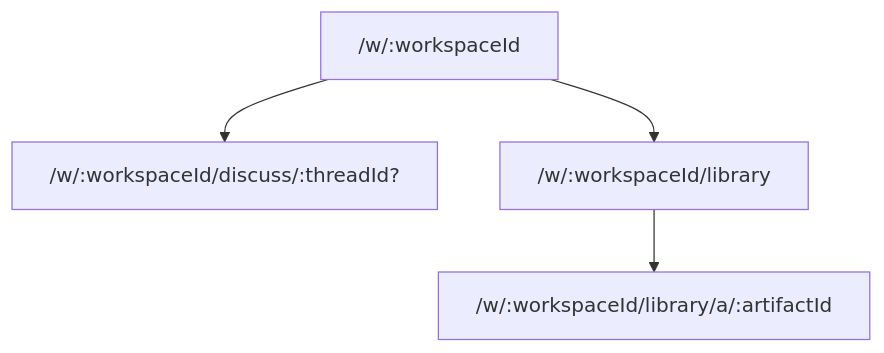
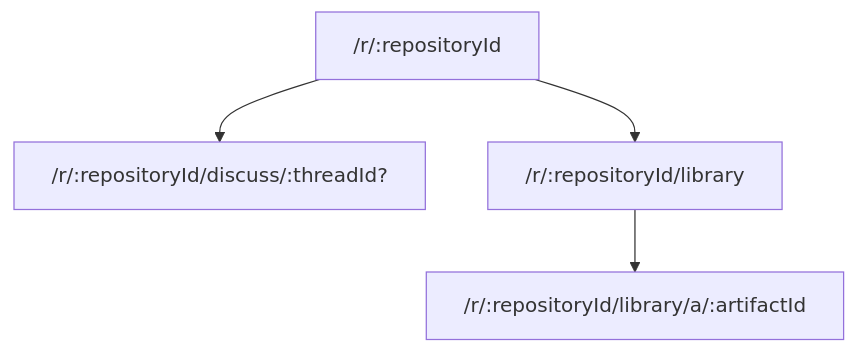
One commit to EricTsai83/systify changed the first of 2 diagrams in docs/service-modes-discuss-library-system-design.md. Above: the diagram before and after it, drawn with Mermaid. The commit also changed other lines of this file and 2 other files, not shown here.

First line of the commit message:
Fix stale workspace references in schema, generation, and service-modes doc

````diff
--- a/docs/service-modes-discuss-library-system-design.md
+++ b/docs/service-modes-discuss-library-system-design.md
@@ -18,11 +18,11 @@
 ```mermaid
 flowchart TD
-  Workspace["/w/:workspaceId"]
-  Discuss["/w/:workspaceId/discuss/:threadId?"]
-  Library["/w/:workspaceId/library"]
-  LibraryArtifact["/w/:workspaceId/library/a/:artifactId"]
+  Repository["/r/:repositoryId"]
+  Discuss["/r/:repositoryId/discuss/:threadId?"]
+  Library["/r/:repositoryId/library"]
+  LibraryArtifact["/r/:repositoryId/library/a/:artifactId"]
 
-  Workspace --> Discuss
-  Workspace --> Library
+  Repository --> Discuss
+  Repository --> Library
   Library --> LibraryArtifact
 ```
````
